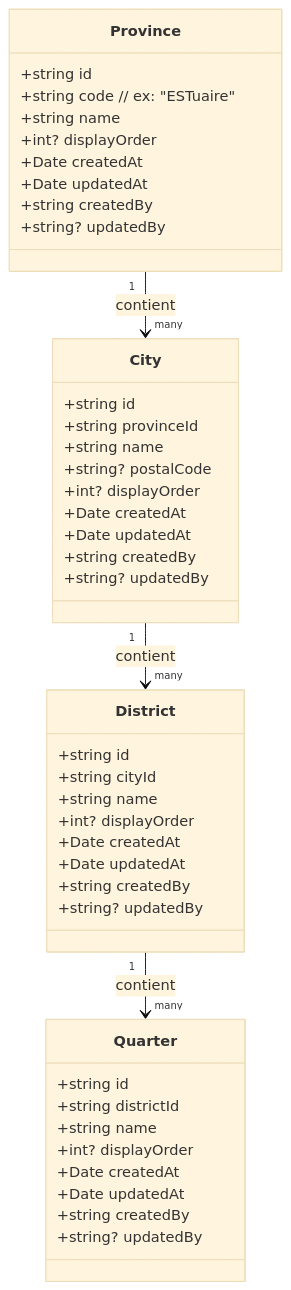
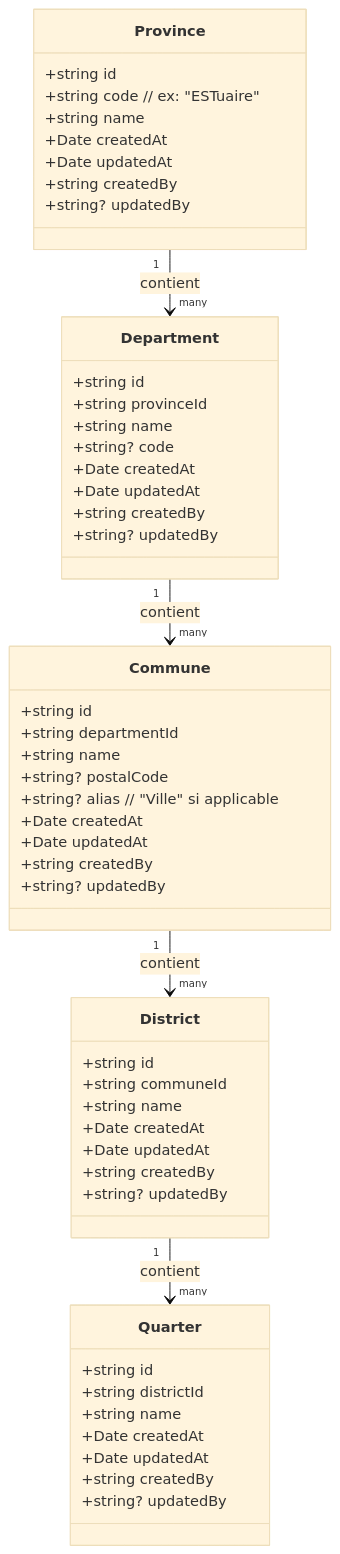
Before and after one commit to GlennEriss/kara-client-front: the diagram in documentation/géographie/GEOGRAPHIE_MODULE.md, drawn with Mermaid (base theme). The commit also changed other lines of this file and 18 other files, not shown here.

````diff
--- a/documentation/géographie/GEOGRAPHIE_MODULE.md
+++ b/documentation/géographie/GEOGRAPHIE_MODULE.md
@@ -9,51 +9,60 @@
 ```mermaid
 classDiagram
   class Province {
     +string id
     +string code // ex: "ESTuaire"
     +string name
-    +int? displayOrder
     +Date createdAt
     +Date updatedAt
     +string createdBy
     +string? updatedBy
   }
 
-  class City {
+  class Department {
     +string id
     +string provinceId
     +string name
+    +string? code
+    +Date createdAt
+    +Date updatedAt
+    +string createdBy
+    +string? updatedBy
+  }
+
+  class Commune {
+    +string id
+    +string departmentId
+    +string name
     +string? postalCode
-    +int? displayOrder
+    +string? alias // "Ville" si applicable
     +Date createdAt
     +Date updatedAt
     +string createdBy
     +string? updatedBy
   }
 
   class District {
     +string id
-    +string cityId
+    +string communeId
     +string name
-    +int? displayOrder
     +Date createdAt
     +Date updatedAt
     +string createdBy
     +string? updatedBy
   }
 
   class Quarter {
     +string id
     +string districtId
     +string name
-    +int? displayOrder
     +Date createdAt
     +Date updatedAt
     +string createdBy
     +string? updatedBy
   }
 
-  Province "1" --> "many" City : contient
-  City "1" --> "many" District : contient
+  Province "1" --> "many" Department : contient
+  Department "1" --> "many" Commune : contient
+  Commune "1" --> "many" District : contient
   District "1" --> "many" Quarter : contient
 ```
````
